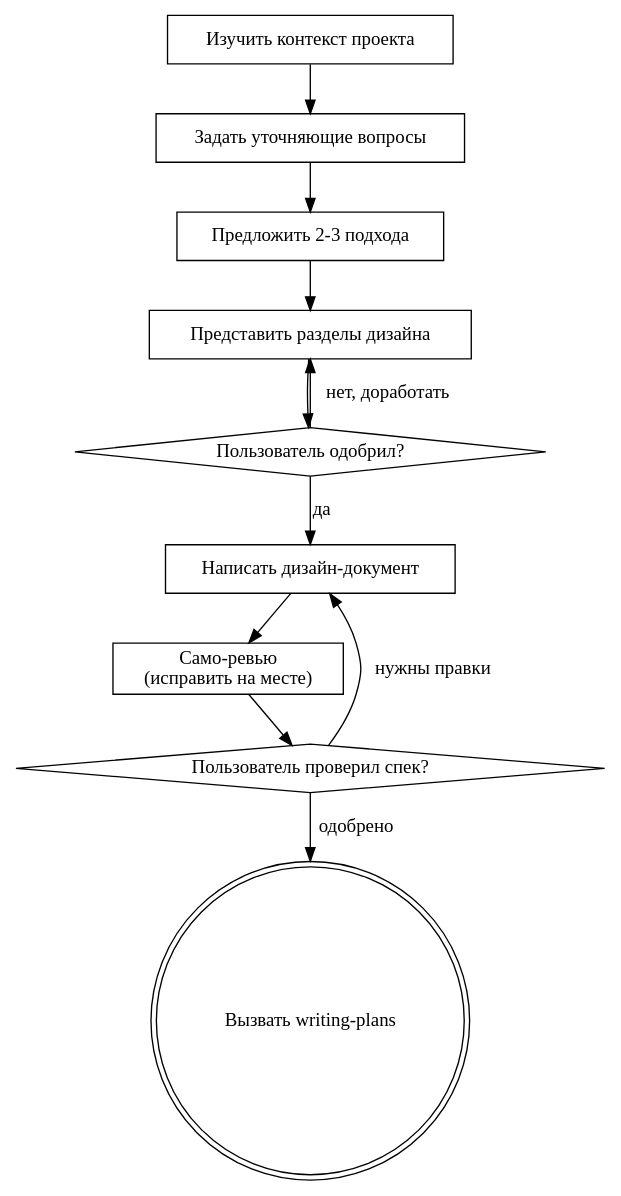
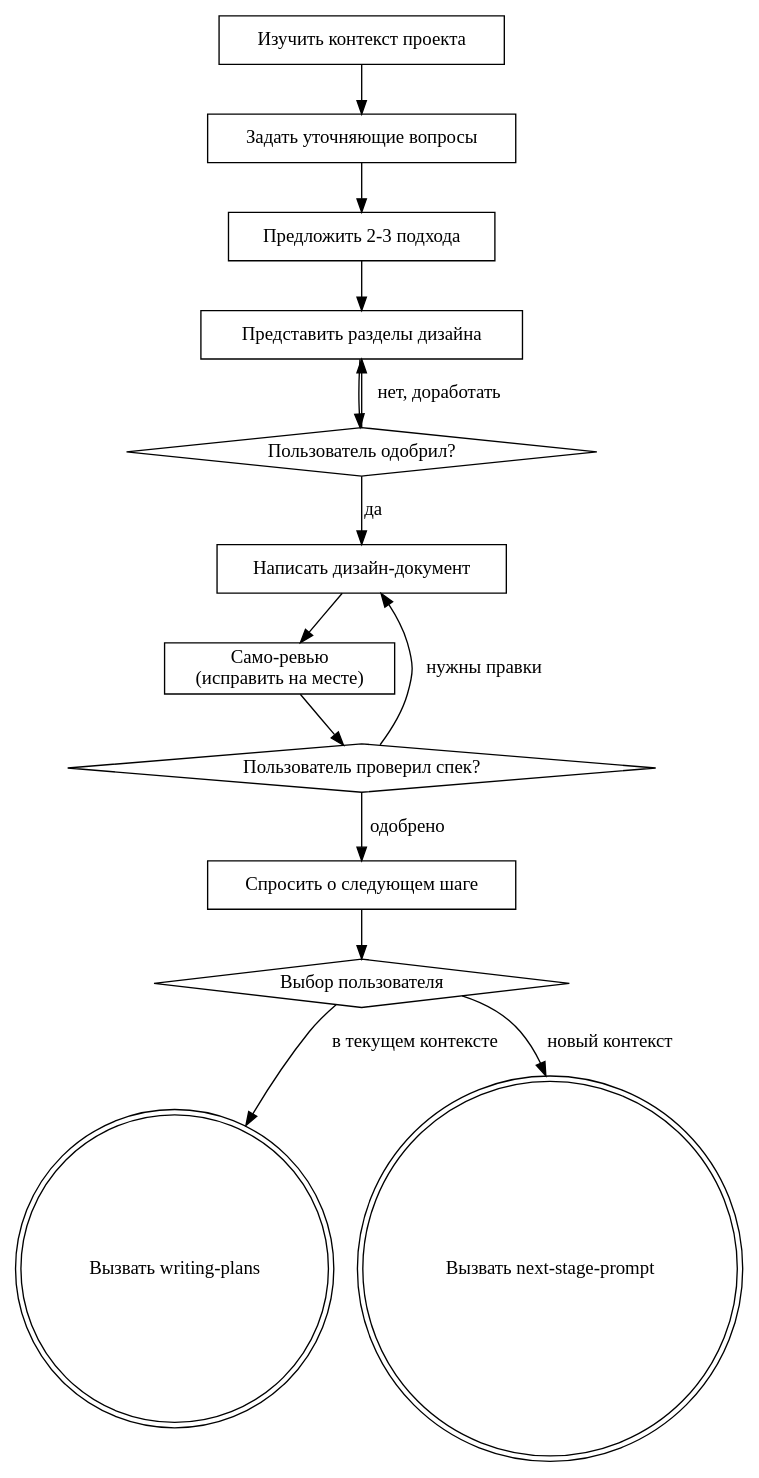
One commit to megamott/vibe-skills changed the diagram in skills/brainstorming/references/process-diagram.md. Above: the diagram before and after it, drawn with Graphviz. The commit also changed 11 other files, not shown here.

````diff
--- a/skills/brainstorming/references/process-diagram.md
+++ b/skills/brainstorming/references/process-diagram.md
@@ -3,24 +3,30 @@
 ```dot
 digraph brainstorming {
     "Изучить контекст проекта" [shape=box];
     "Задать уточняющие вопросы" [shape=box];
     "Предложить 2-3 подхода" [shape=box];
     "Представить разделы дизайна" [shape=box];
     "Пользователь одобрил?" [shape=diamond];
     "Написать дизайн-документ" [shape=box];
     "Само-ревью\n(исправить на месте)" [shape=box];
     "Пользователь проверил спек?" [shape=diamond];
+    "Спросить о следующем шаге" [shape=box];
+    "Выбор пользователя" [shape=diamond];
     "Вызвать writing-plans" [shape=doublecircle];
+    "Вызвать next-stage-prompt" [shape=doublecircle];
 
     "Изучить контекст проекта" -> "Задать уточняющие вопросы";
     "Задать уточняющие вопросы" -> "Предложить 2-3 подхода";
     "Предложить 2-3 подхода" -> "Представить разделы дизайна";
     "Представить разделы дизайна" -> "Пользователь одобрил?";
     "Пользователь одобрил?" -> "Представить разделы дизайна" [label="нет, доработать"];
     "Пользователь одобрил?" -> "Написать дизайн-документ" [label="да"];
     "Написать дизайн-документ" -> "Само-ревью\n(исправить на месте)";
     "Само-ревью\n(исправить на месте)" -> "Пользователь проверил спек?";
     "Пользователь проверил спек?" -> "Написать дизайн-документ" [label="нужны правки"];
-    "Пользователь проверил спек?" -> "Вызвать writing-plans" [label="одобрено"];
+    "Пользователь проверил спек?" -> "Спросить о следующем шаге" [label="одобрено"];
+    "Спросить о следующем шаге" -> "Выбор пользователя";
+    "Выбор пользователя" -> "Вызвать writing-plans" [label="в текущем контексте"];
+    "Выбор пользователя" -> "Вызвать next-stage-prompt" [label="новый контекст"];
 }
 ```
````
